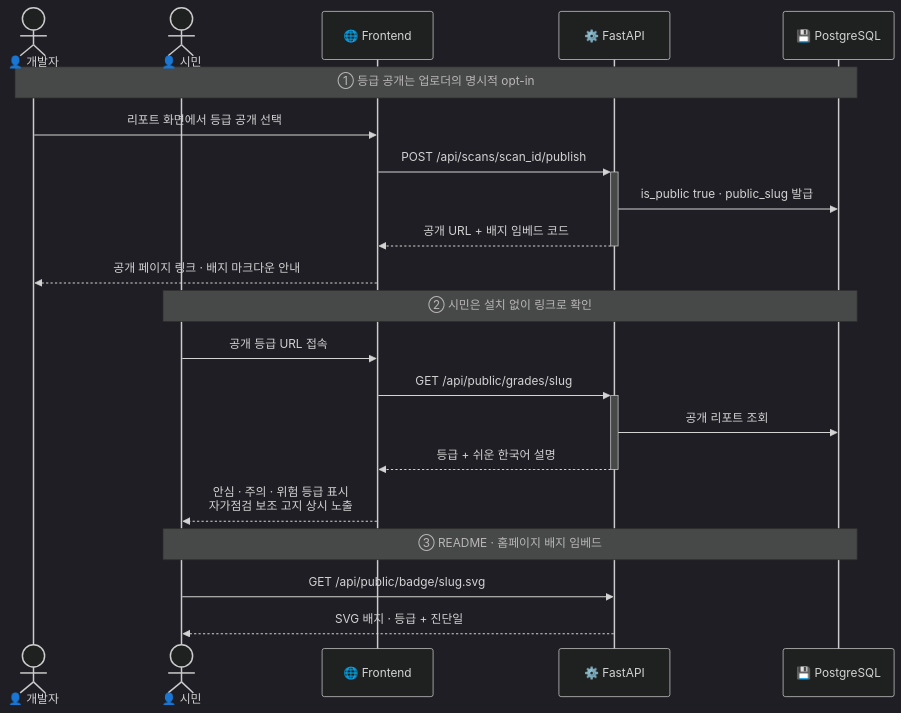
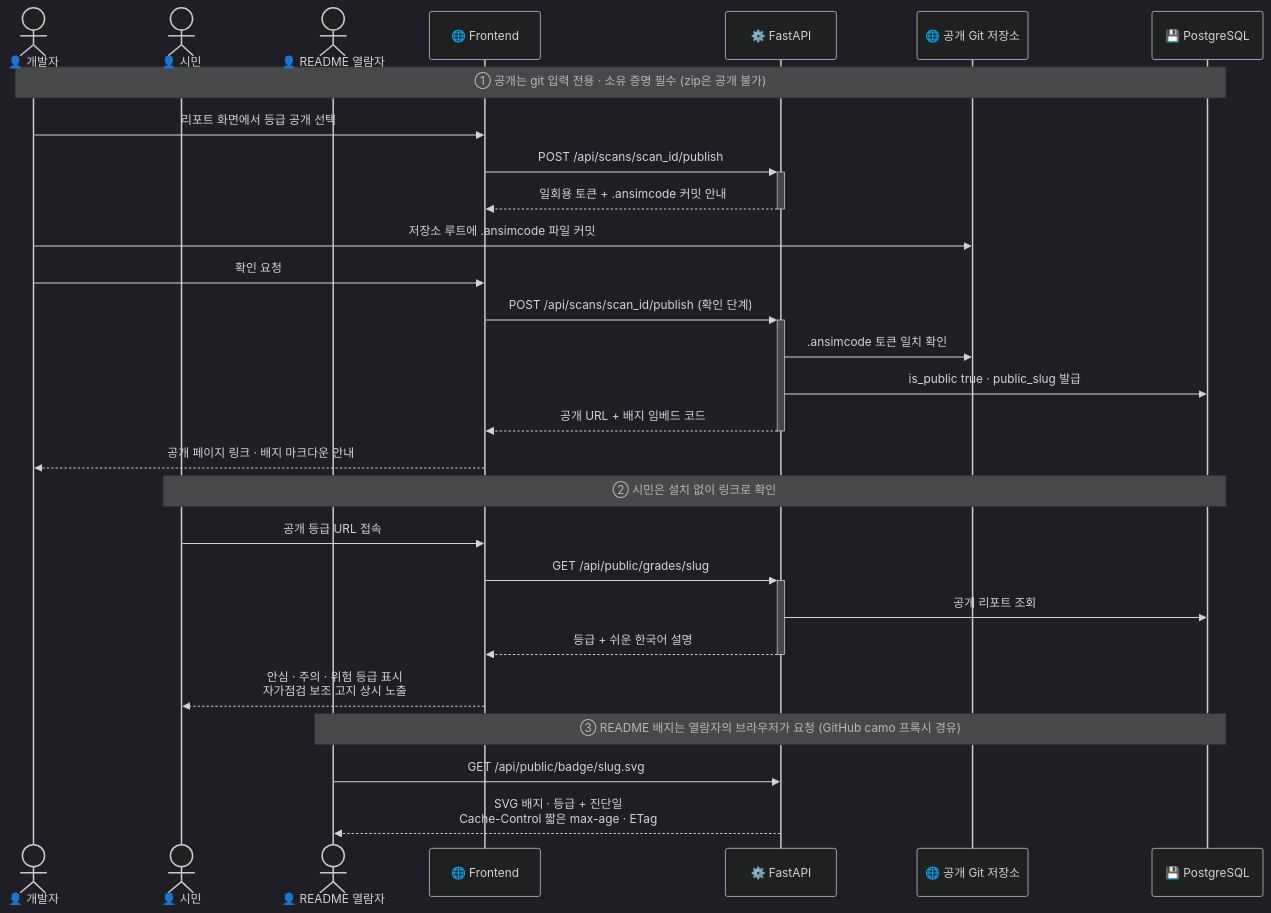
Before and after one commit to fmaPark/ansim-code: the third of 5 diagrams in docs/tdd.md, drawn with Mermaid (dark theme). The commit also changed other lines of this file and 1 other file, not shown here.

````diff
--- a/docs/tdd.md
+++ b/docs/tdd.md
@@ -287,26 +319,33 @@
 ```mermaid
 sequenceDiagram
     actor Dev as 👤 개발자
     actor Citizen as 👤 시민
+    actor Reader as 👤 README 열람자
     participant FE as 🌐 Frontend
     participant API as ⚙️ FastAPI
+    participant GH as 🌐 공개 Git 저장소
     participant DB as 💾 PostgreSQL
 
-    Note over Dev,DB: ① 등급 공개는 업로더의 명시적 opt-in
+    Note over Dev,DB: ① 공개는 git 입력 전용 · 소유 증명 필수 (zip은 공개 불가)
     Dev->>FE: 리포트 화면에서 등급 공개 선택
     FE->>+API: POST /api/scans/scan_id/publish
+    API-->>-FE: 일회용 토큰 + .ansimcode 커밋 안내
+    Dev->>GH: 저장소 루트에 .ansimcode 파일 커밋
+    Dev->>FE: 확인 요청
+    FE->>+API: POST /api/scans/scan_id/publish (확인 단계)
+    API->>GH: .ansimcode 토큰 일치 확인
     API->>DB: is_public true · public_slug 발급
     API-->>-FE: 공개 URL + 배지 임베드 코드
     FE-->>Dev: 공개 페이지 링크 · 배지 마크다운 안내
 
     Note over Citizen,DB: ② 시민은 설치 없이 링크로 확인
     Citizen->>FE: 공개 등급 URL 접속
     FE->>+API: GET /api/public/grades/slug
     API->>DB: 공개 리포트 조회
     API-->>-FE: 등급 + 쉬운 한국어 설명
     FE-->>Citizen: 안심 · 주의 · 위험 등급 표시<br/>자가점검 보조 고지 상시 노출
 
-    Note over Citizen,DB: ③ README · 홈페이지 배지 임베드
-    Citizen->>API: GET /api/public/badge/slug.svg
-    API-->>Citizen: SVG 배지 · 등급 + 진단일
+    Note over Reader,DB: ③ README 배지는 열람자의 브라우저가 요청 (GitHub camo 프록시 경유)
+    Reader->>API: GET /api/public/badge/slug.svg
+    API-->>Reader: SVG 배지 · 등급 + 진단일<br/>Cache-Control 짧은 max-age · ETag
 ```
````
